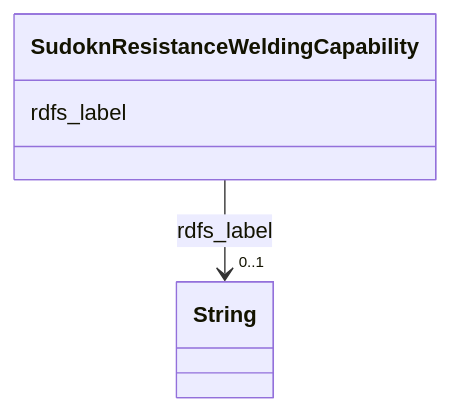
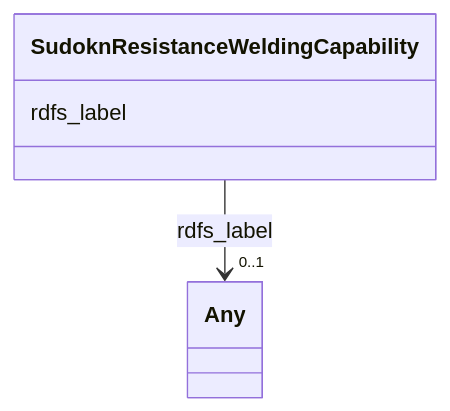
The diagram in sudokn-kg/classes/SudoknResistanceWeldingCapability.md (frink-okn/graph-descriptions), drawn with Mermaid before and after one commit. The commit also changed other lines of this file and 903 other files, not shown here.

````diff
--- a/sudokn-kg/classes/SudoknResistanceWeldingCapability.md
+++ b/sudokn-kg/classes/SudoknResistanceWeldingCapability.md
@@ -23,15 +18,15 @@
 ```mermaid
  classDiagram
     class SudoknResistanceWeldingCapability
     click SudoknResistanceWeldingCapability href "../SudoknResistanceWeldingCapability"
       SudoknResistanceWeldingCapability : rdfs_label
         
           
     
     
-    SudoknResistanceWeldingCapability --> "0..1" String : rdfs_label
-    click String href "../String"
+    SudoknResistanceWeldingCapability --> "0..1" Any : rdfs_label
+    click Any href "../Any"
 
         
       
 ```
````
